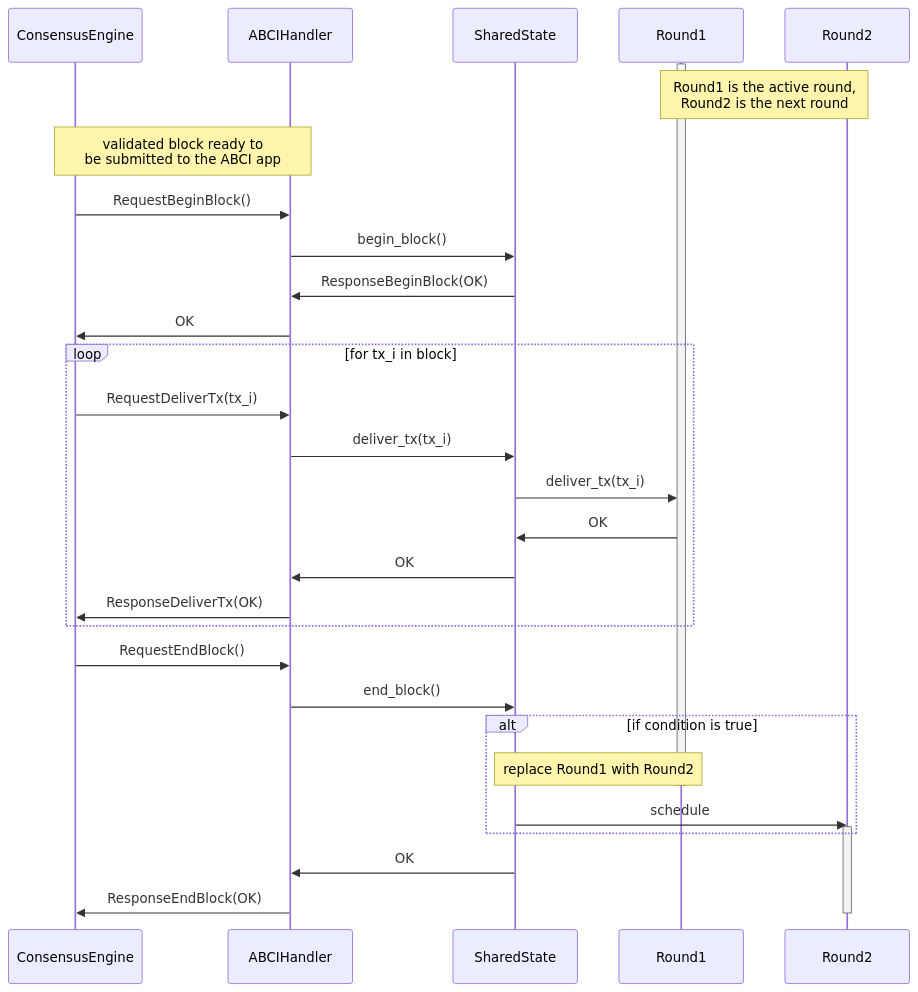
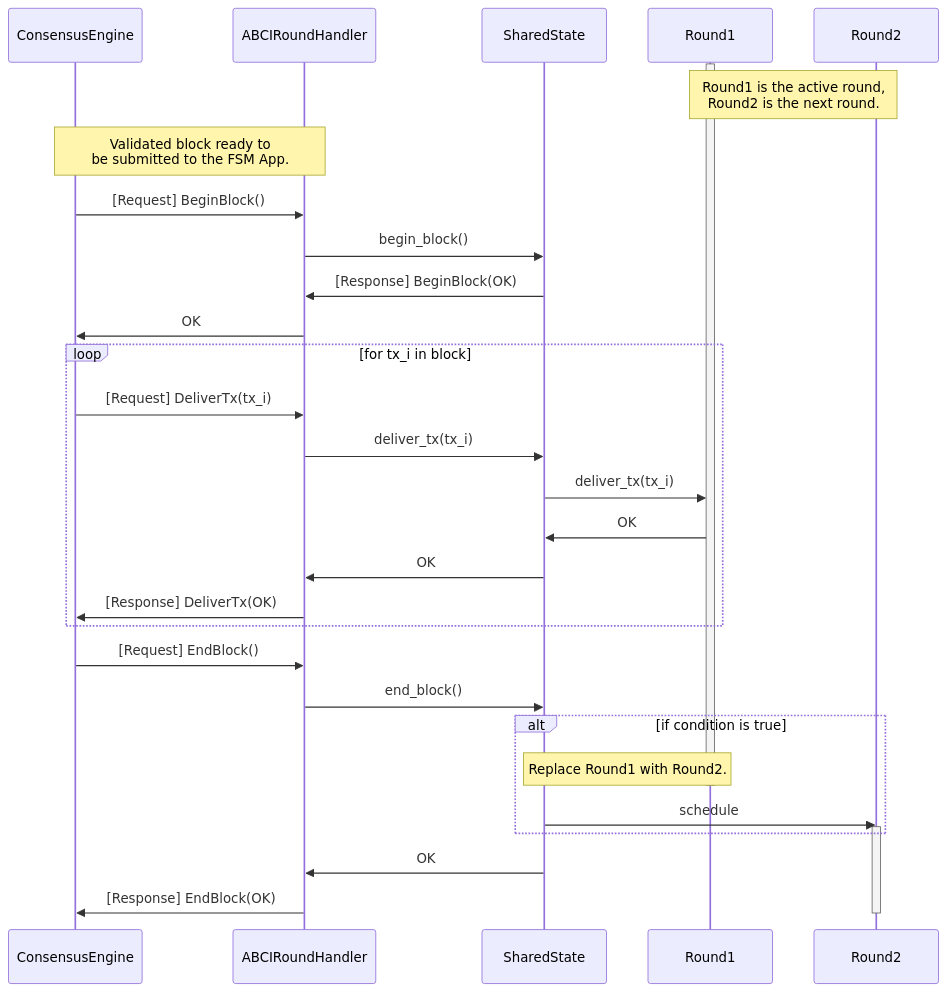
Before and after one commit to valory-xyz/open-autonomy: the third of 3 diagrams in docs/abci_app_interactions.md, drawn with Mermaid. The commit also changed other lines of this file, not shown here.

```diff
--- a/docs/abci_app_interactions.md
+++ b/docs/abci_app_interactions.md
@@ -101,34 +101,34 @@
 <div class="mermaid">
     sequenceDiagram
         participant ConsensusEngine
-        participant ABCIHandler
+        participant ABCIRoundHandler
         participant SharedState
         participant Round1
         participant Round2
         activate Round1
-        note over Round1,Round2: Round1 is the active round,<br/>Round2 is the next round
-        note over ConsensusEngine,ABCIHandler: validated block ready to<br/>be submitted to the ABCI app
-        ConsensusEngine->>ABCIHandler: RequestBeginBlock()
-        ABCIHandler->>SharedState: begin_block()
-        SharedState->>ABCIHandler: ResponseBeginBlock(OK)
-        ABCIHandler->>ConsensusEngine: OK
+        note over Round1,Round2: Round1 is the active round,<br/>Round2 is the next round.
+        note over ConsensusEngine,ABCIRoundHandler: Validated block ready to<br/>be submitted to the FSM App.
+        ConsensusEngine->>ABCIRoundHandler: [Request] BeginBlock()
+        ABCIRoundHandler->>SharedState: begin_block()
+        SharedState->>ABCIRoundHandler: [Response] BeginBlock(OK)
+        ABCIRoundHandler->>ConsensusEngine: OK
         loop for tx_i in block
-            ConsensusEngine->>ABCIHandler: RequestDeliverTx(tx_i)
-            ABCIHandler->>SharedState: deliver_tx(tx_i)
+            ConsensusEngine->>ABCIRoundHandler: [Request] DeliverTx(tx_i)
+            ABCIRoundHandler->>SharedState: deliver_tx(tx_i)
             SharedState->>Round1: deliver_tx(tx_i)
             Round1->>SharedState: OK
-            SharedState->>ABCIHandler: OK
-            ABCIHandler->>ConsensusEngine: ResponseDeliverTx(OK)
+            SharedState->>ABCIRoundHandler: OK
+            ABCIRoundHandler->>ConsensusEngine: [Response] DeliverTx(OK)
         end
-        ConsensusEngine->>ABCIHandler: RequestEndBlock()
-        ABCIHandler->>SharedState: end_block()
+        ConsensusEngine->>ABCIRoundHandler: [Request] EndBlock()
+        ABCIRoundHandler->>SharedState: end_block()
         alt if condition is true
-            note over SharedState,Round1: replace Round1 with Round2
+            note over SharedState,Round1: Replace Round1 with Round2.
             deactivate Round1
             SharedState->>Round2: schedule
             activate Round2
         end
-        SharedState->>ABCIHandler: OK
-        ABCIHandler->>ConsensusEngine: ResponseEndBlock(OK)
+        SharedState->>ABCIRoundHandler: OK
+        ABCIRoundHandler->>ConsensusEngine: [Response] EndBlock(OK)
         deactivate Round2
 </div>
```
